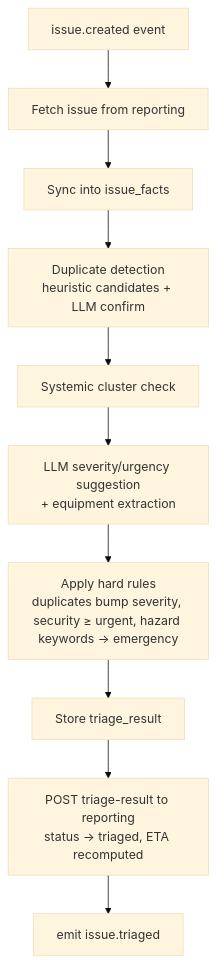
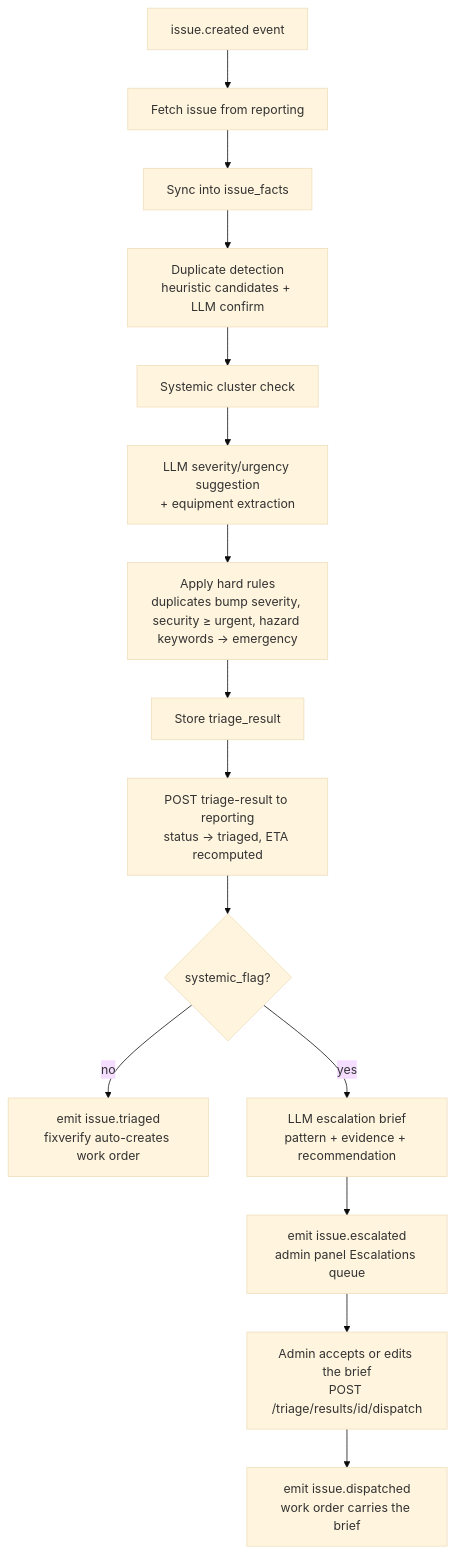
Before and after one commit to DeYuanChong/Incube2026_Grp3: the second of 2 diagrams in docs/05-triage-analytics.md, drawn with Mermaid (base theme). The commit also changed other lines of this file and 5 other files, not shown here.

First line of the commit message:
Document admin-gated dispatch for systemic faults

````diff
--- a/docs/05-triage-analytics.md
+++ b/docs/05-triage-analytics.md
@@ -79,12 +130,17 @@
 ```mermaid
 flowchart TD
     A[issue.created event] --> B[Fetch issue from reporting]
     B --> C[Sync into issue_facts]
     C --> D[Duplicate detection<br/>heuristic candidates + LLM confirm]
     D --> E[Systemic cluster check]
     E --> F[LLM severity/urgency suggestion<br/>+ equipment extraction]
     F --> G[Apply hard rules<br/>duplicates bump severity, security ≥ urgent, hazard keywords → emergency]
     G --> H[Store triage_result]
     H --> I[POST triage-result to reporting<br/>status → triaged, ETA recomputed]
-    I --> J[emit issue.triaged]
+    I --> K{systemic_flag?}
+    K -- no --> J[emit issue.triaged<br/>fixverify auto-creates work order]
+    K -- yes --> L[LLM escalation brief<br/>pattern + evidence + recommendation]
+    L --> M[emit issue.escalated<br/>admin panel Escalations queue]
+    M --> N[Admin accepts or edits the brief<br/>POST /triage/results/id/dispatch]
+    N --> O[emit issue.dispatched<br/>work order carries the brief]
 ```
````
